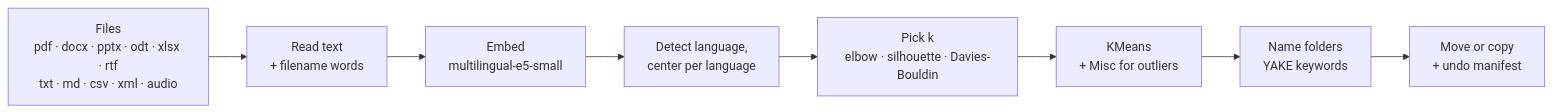
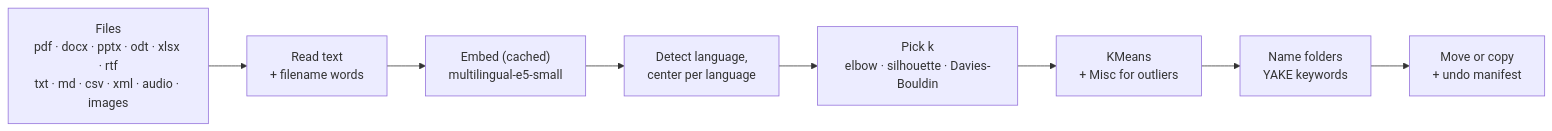
Before and after one commit to RafaelSdeS/File-Organizer: the diagram in README.md, drawn with Mermaid. The commit also changed other lines of this file and 20 other files, not shown here.

````diff
--- a/README.md
+++ b/README.md
@@ -28,10 +30,10 @@
 ```mermaid
 flowchart LR
-    A["Files<br/>pdf · docx · pptx · odt · xlsx · rtf<br/>txt · md · csv · xml · audio"] --> B["Read text<br/>+ filename words"]
-    B --> C["Embed<br/>multilingual-e5-small"]
+    A["Files<br/>pdf · docx · pptx · odt · xlsx · rtf<br/>txt · md · csv · xml · audio · images"] --> B["Read text<br/>+ filename words"]
+    B --> C["Embed (cached)<br/>multilingual-e5-small"]
     C --> D["Detect language,<br/>center per language"]
     D --> E["Pick k<br/>elbow · silhouette · Davies-Bouldin"]
     E --> F["KMeans<br/>+ Misc for outliers"]
     F --> G["Name folders<br/>YAKE keywords"]
     G --> H["Move or copy<br/>+ undo manifest"]
 ```
````
